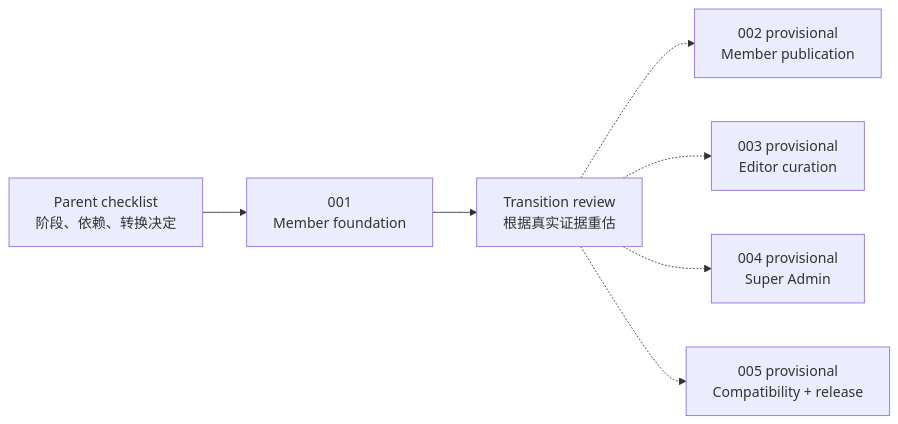
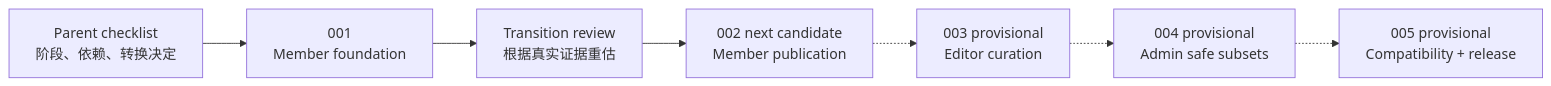
One commit to lonelyreader/chinaknowledge changed the diagram in docs/roadmap/agent-workspace-program.md. Above: the diagram before and after it, drawn with Mermaid. The commit also changed other lines of this file and 16 other files, not shown here.

````diff
--- a/docs/roadmap/agent-workspace-program.md
+++ b/docs/roadmap/agent-workspace-program.md
@@ -21,9 +21,9 @@
 ```mermaid
 flowchart LR
     P["Parent checklist<br/>阶段、依赖、转换决定"] --> A1["001<br/>Member foundation"]
     A1 --> R["Transition review<br/>根据真实证据重估"]
-    R -.-> A2["002 provisional<br/>Member publication"]
-    R -.-> A3["003 provisional<br/>Editor curation"]
-    R -.-> A4["004 provisional<br/>Super Admin"]
-    R -.-> A5["005 provisional<br/>Compatibility + release"]
+    R --> A2["002 next candidate<br/>Member publication"]
+    A2 -.-> A3["003 provisional<br/>Editor curation"]
+    A3 -.-> A4["004 provisional<br/>Admin safe subsets"]
+    A4 -.-> A5["005 provisional<br/>Compatibility + release"]
 ```
````
